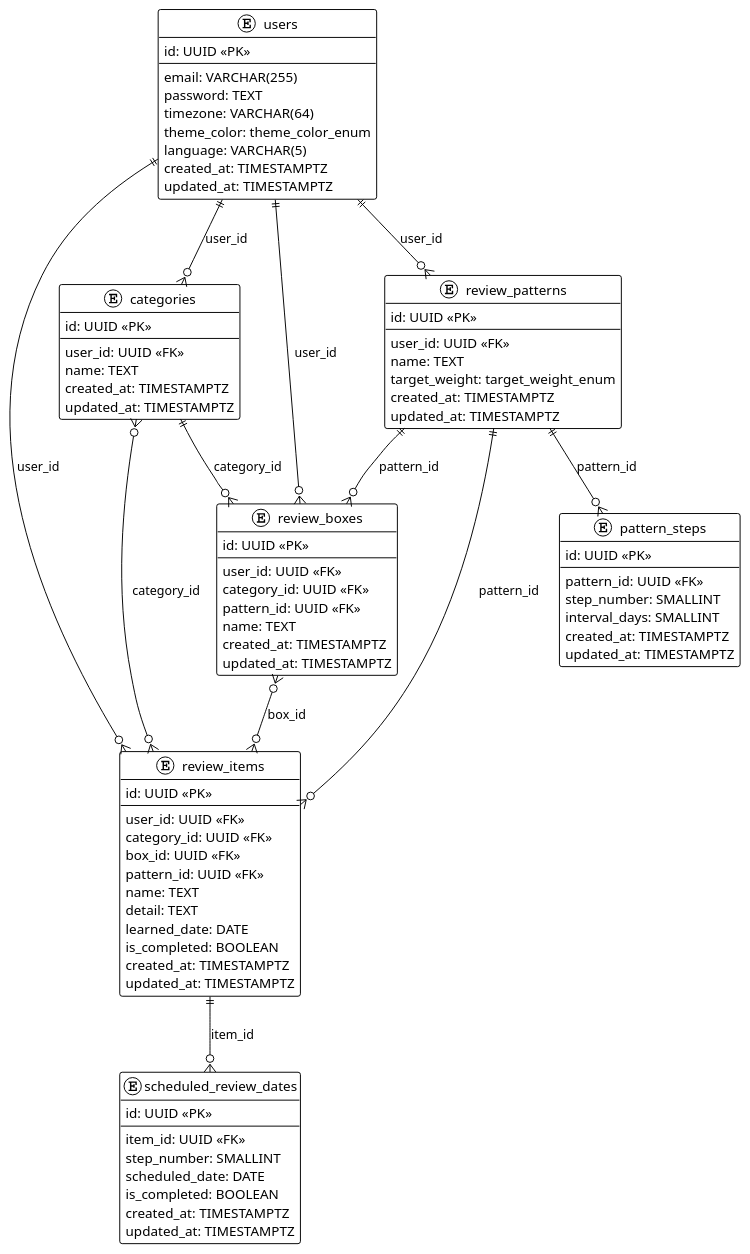
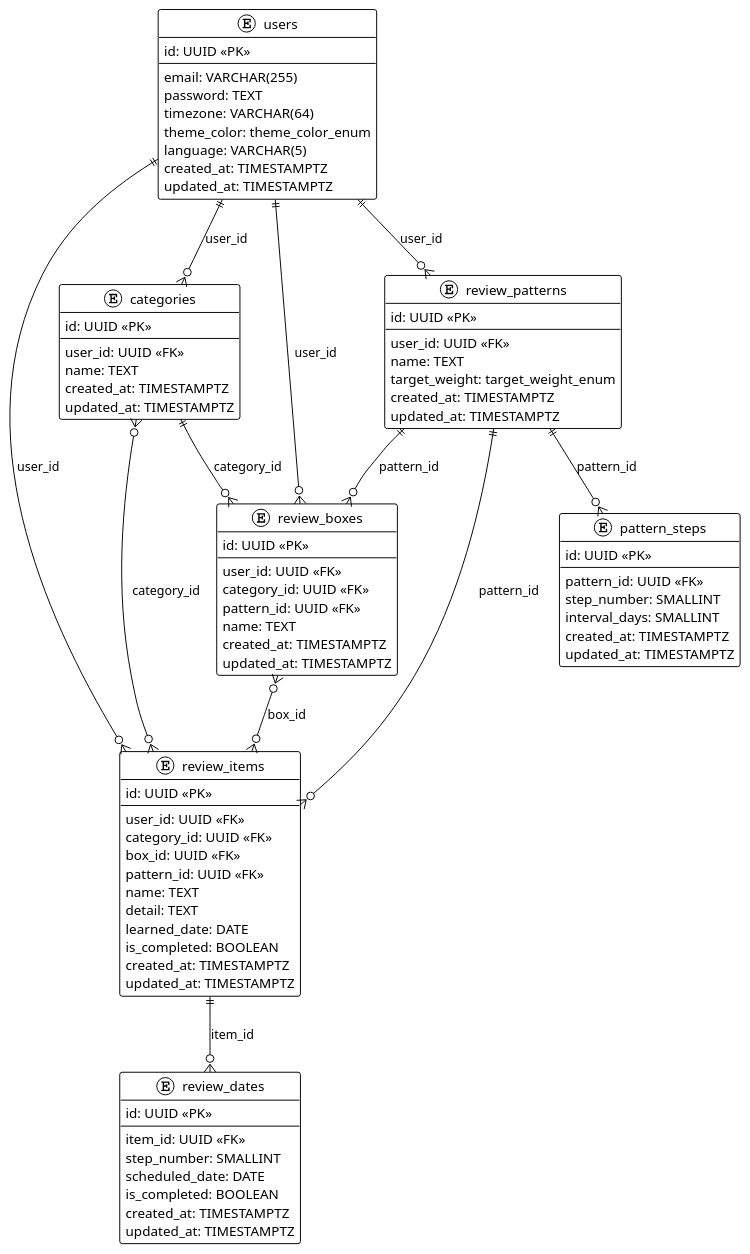
One commit to minminseo/review-setter-api changed the diagram in docs/er-v1.puml. Above: the diagram before and after it, drawn with PlantUML.

Commit message:
fix: テーブル名変更による影響を反映

```diff
--- a/docs/er-v1.puml
+++ b/docs/er-v1.puml
@@ -1,98 +1,98 @@
 @startuml
 !theme plain
 
 entity users {
     id: UUID <<PK>>
     --
     email: VARCHAR(255)
     password: TEXT
     timezone: VARCHAR(64)
     theme_color: theme_color_enum
     language: VARCHAR(5)
     created_at: TIMESTAMPTZ
     updated_at: TIMESTAMPTZ
 }
 
 entity categories {
     id: UUID <<PK>>
     --
     user_id: UUID <<FK>>
     name: TEXT
     created_at: TIMESTAMPTZ
     updated_at: TIMESTAMPTZ
 }
 
 entity review_patterns {
     id: UUID <<PK>>
     --
     user_id: UUID <<FK>>
     name: TEXT
     target_weight: target_weight_enum
     created_at: TIMESTAMPTZ
     updated_at: TIMESTAMPTZ
 }
 
 entity review_boxes {
     id: UUID <<PK>>
     --
     user_id: UUID <<FK>>
     category_id: UUID <<FK>>
     pattern_id: UUID <<FK>>
     name: TEXT
     created_at: TIMESTAMPTZ
     updated_at: TIMESTAMPTZ
 }
 
 entity review_items {
     id: UUID <<PK>>
     --
     user_id: UUID <<FK>>
     category_id: UUID <<FK>>
     box_id: UUID <<FK>>
     pattern_id: UUID <<FK>>
     name: TEXT
     detail: TEXT
     learned_date: DATE
     is_completed: BOOLEAN
     created_at: TIMESTAMPTZ
     updated_at: TIMESTAMPTZ
 }
 
 entity pattern_steps {
     id: UUID <<PK>>
     --
     pattern_id: UUID <<FK>>
     step_number: SMALLINT
     interval_days: SMALLINT
     created_at: TIMESTAMPTZ
     updated_at: TIMESTAMPTZ
 }
 
-entity scheduled_review_dates {
+entity review_dates {
     id: UUID <<PK>>
     --
     item_id: UUID <<FK>>
     step_number: SMALLINT
     scheduled_date: DATE
     is_completed: BOOLEAN
     created_at: TIMESTAMPTZ
     updated_at: TIMESTAMPTZ
 }
 
 users ||--o{ categories : user_id
 users ||--o{ review_patterns : user_id
 users ||--o{ review_boxes : user_id
 users ||--o{ review_items : user_id
 
 categories ||--o{ review_boxes : category_id
 categories }o--o{ review_items : category_id
 
 review_patterns ||--o{ review_boxes : pattern_id
 review_patterns ||--o{ review_items : pattern_id
 review_patterns ||--o{ pattern_steps : pattern_id
 
 review_boxes }o--o{ review_items : box_id
 
-review_items ||--o{ scheduled_review_dates : item_id
+review_items ||--o{ review_dates : item_id
 
 @enduml
```
